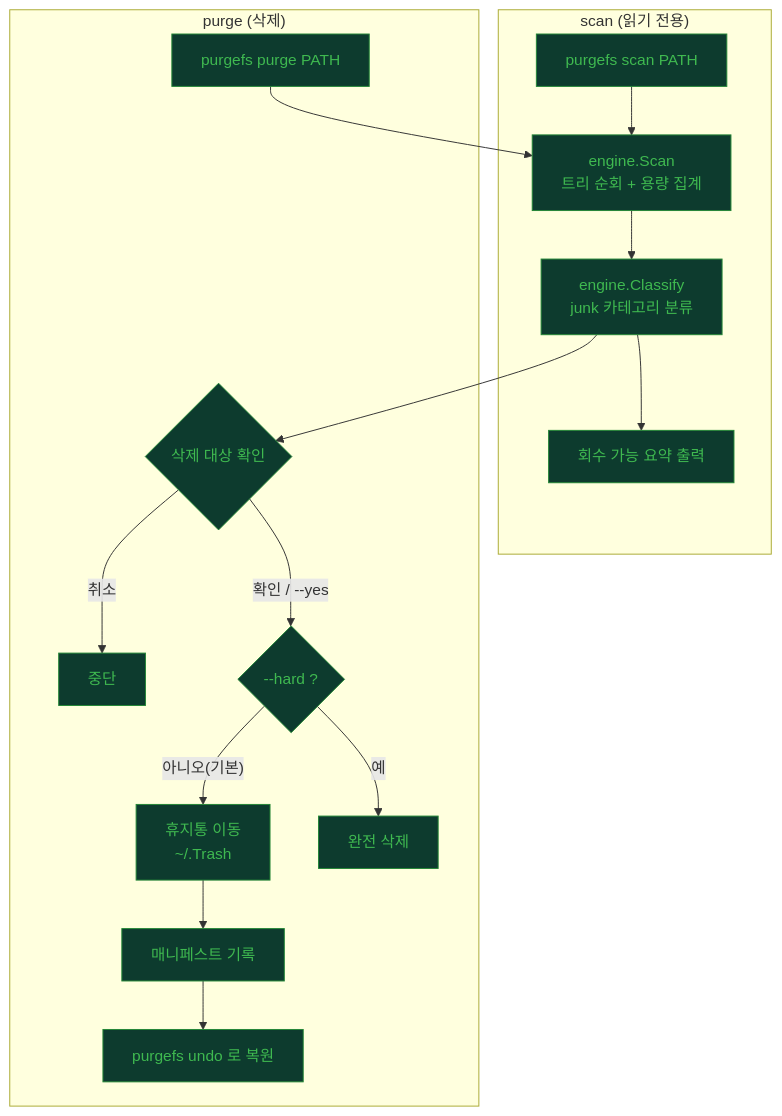
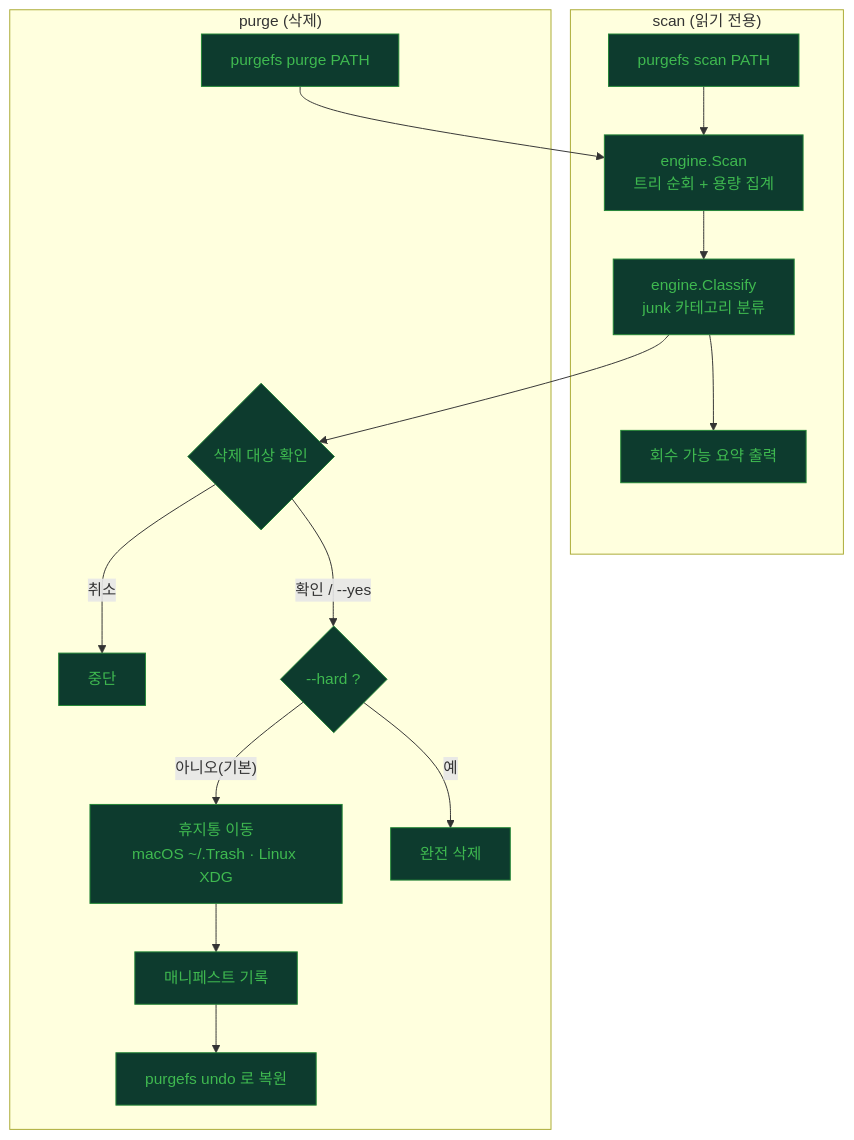
The second of 3 diagrams in README.md (seeminglyjs/PurgeFs), drawn with Mermaid before and after one commit. The commit also changed other lines of this file and 6 other files, not shown here.

First line of the commit message:
feat: use the freedesktop.org trash on Linux

````diff
--- a/README.md
+++ b/README.md
@@ -28,22 +28,22 @@
 ```mermaid
 flowchart TD
     subgraph SCAN["scan (읽기 전용)"]
         A["purgefs scan PATH"] --> B["engine.Scan<br/>트리 순회 + 용량 집계"]
         B --> C["engine.Classify<br/>junk 카테고리 분류"]
         C --> D["회수 가능 요약 출력"]
     end
 
     subgraph PURGE["purge (삭제)"]
         E["purgefs purge PATH"] --> B
         C --> F{"삭제 대상 확인"}
         F -- "취소" --> X["중단"]
         F -- "확인 / --yes" --> G{"--hard ?"}
-        G -- "아니오(기본)" --> H["휴지통 이동<br/>~/.Trash"]
+        G -- "아니오(기본)" --> H["휴지통 이동<br/>macOS ~/.Trash · Linux XDG"]
         G -- "예" --> I["완전 삭제"]
         H --> J["매니페스트 기록"]
         J --> K["purgefs undo 로 복원"]
     end
 
     classDef done fill:#0d3b2e,color:#3fb950,stroke:#238636
     class A,B,C,D,E,F,G,H,I,J,K,X done
 ```
````
